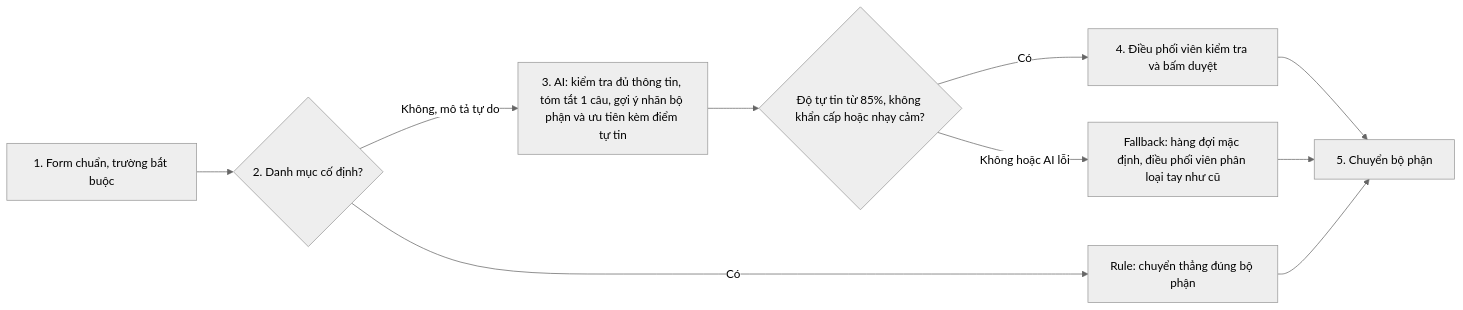
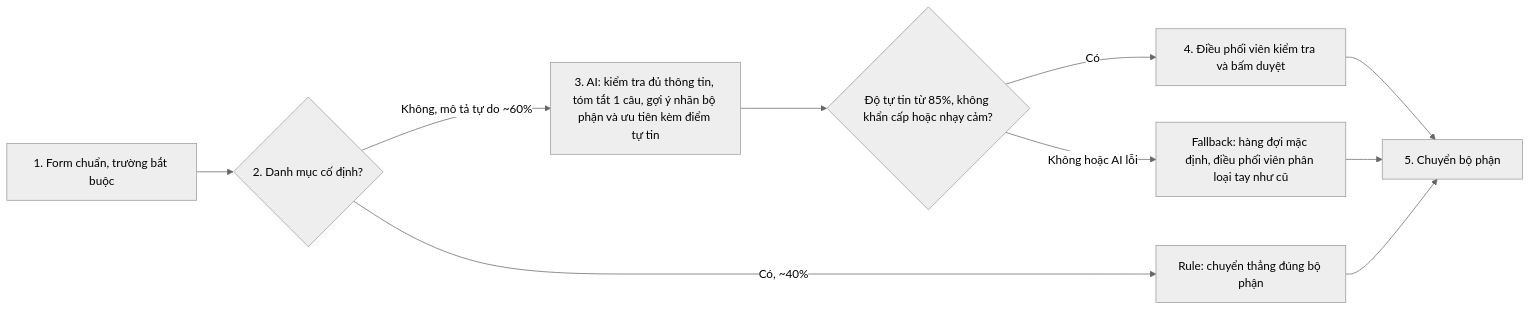
Before and after one commit to rachel157/K5-L3A-DAY02-SUDO-DiscoveryProblemFraming: the third of 3 diagrams in report/team/group_report.md, drawn with Mermaid (neutral theme). The commit also changed other lines of this file and 2 other files, not shown here.

````diff
--- a/report/team/group_report.md
+++ b/report/team/group_report.md
@@ -90,12 +237,12 @@
 ```mermaid
 flowchart LR
   A[1. Form chuẩn, trường bắt buộc] --> B{2. Danh mục cố định?}
-  B -- Có --> R[Rule: chuyển thẳng đúng bộ phận]
-  B -- Không, mô tả tự do --> C[3. AI: kiểm tra đủ thông tin, tóm tắt 1 câu, gợi ý nhãn bộ phận và ưu tiên kèm điểm tự tin]
+  B -- Có, ~40% --> R[Rule: chuyển thẳng đúng bộ phận]
+  B -- Không, mô tả tự do ~60% --> C[3. AI: kiểm tra đủ thông tin, tóm tắt 1 câu, gợi ý nhãn bộ phận và ưu tiên kèm điểm tự tin]
   C --> D{Độ tự tin từ 85%, không khẩn cấp hoặc nhạy cảm?}
   D -- Không hoặc AI lỗi --> Q[Fallback: hàng đợi mặc định, điều phối viên phân loại tay như cũ]
   D -- Có --> E[4. Điều phối viên kiểm tra và bấm duyệt]
   E --> F[5. Chuyển bộ phận]
   Q --> F
   R --> F
 ```
````
